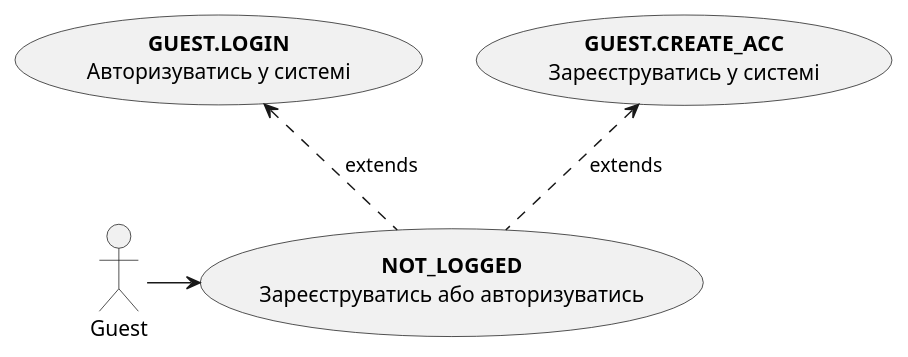
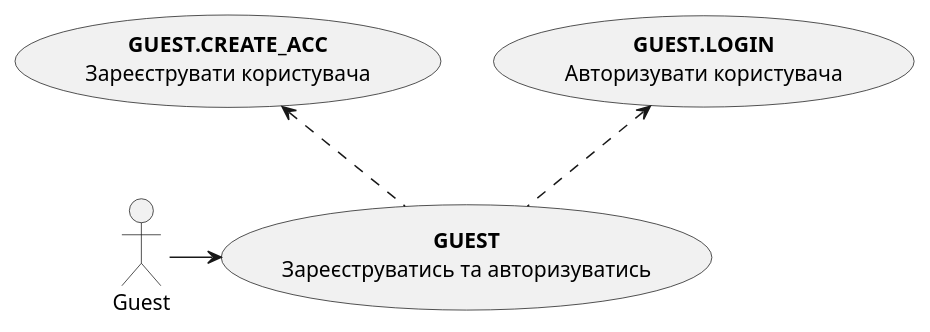
One commit to michigang1/ImForms changed the second of 4 diagrams in docs/use cases/README.md. Above: the diagram before and after it, drawn with PlantUML. The commit also changed other lines of this file, not shown here.

Commit message:
added some diagrams

```diff
--- a/docs/use cases/README.md
+++ b/docs/use cases/README.md
@@ -46,13 +27,11 @@
 @startuml
 actor Guest
 
-usecase "**NOT_LOGGED**\nЗареєструватись або авторизуватись" as NL
+usecase "<b>GUEST\nЗареєструватись та авторизуватись" as G
+usecase "<b>GUEST.CREATE_ACC\nЗареєструвати користувача" as GC
+usecase "<b>GUEST.LOGIN\nАвторизувати користувача" as GL
+Guest -r-> G
 
-Guest-r-> NL
-
-usecase "**GUEST.CREATE_ACC**\nЗареєструватись у системі" as REG
-usecase "**GUEST.LOGIN**\nАвторизуватись у системі" as AUTH
-
-NL .u.> REG : extends
-NL .u.> AUTH : extends
+G .u.> GL
+G .u.> GC
 @enduml
```
